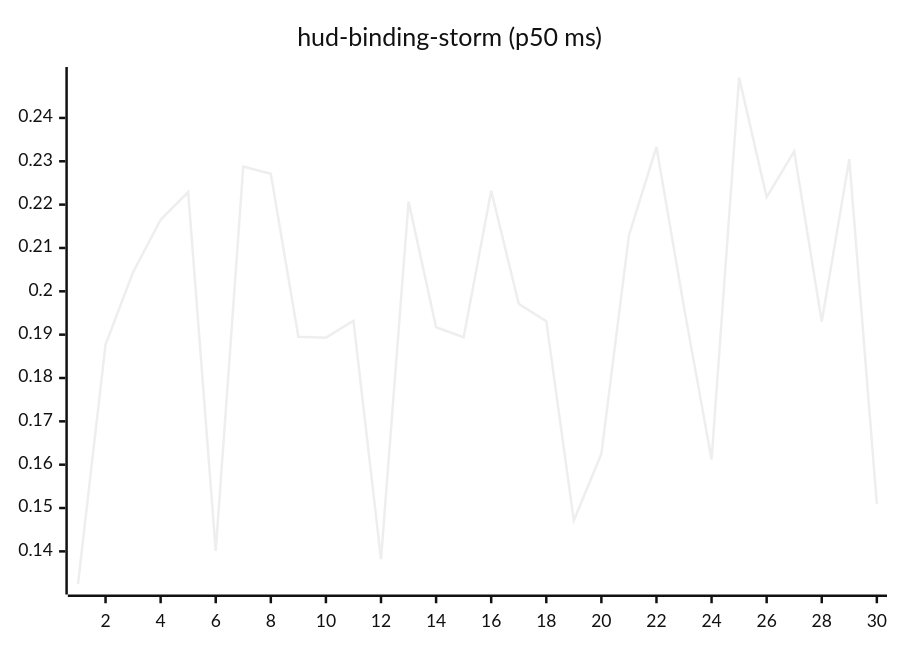
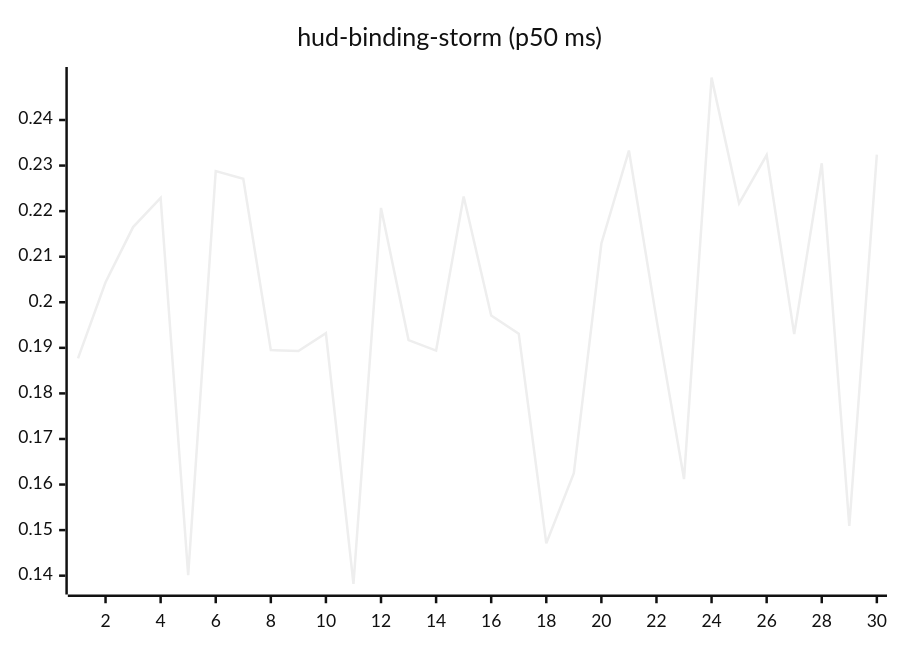
Before and after one commit to josha/Facet: the tenth of 27 diagrams in README.md, drawn with Mermaid (neutral theme). The commit also changed other lines of this file and 2 other files, not shown here.

````diff
--- a/README.md
+++ b/README.md
@@ -126,6 +126,6 @@
 ```mermaid
 xychart-beta
     title "hud-binding-storm (p50 ms)"
     x-axis 1 --> 30
-    line [0.1325, 0.1877, 0.2044, 0.2165, 0.2229, 0.1401, 0.2288, 0.2271, 0.1895, 0.1893, 0.1932, 0.1382, 0.2207, 0.1917, 0.1894, 0.2232, 0.1971, 0.1931, 0.1471, 0.1625, 0.2129, 0.2333, 0.1963, 0.1612, 0.2493, 0.2217, 0.2323, 0.1930, 0.2305, 0.1509]
+    line [0.1877, 0.2044, 0.2165, 0.2229, 0.1401, 0.2288, 0.2271, 0.1895, 0.1893, 0.1932, 0.1382, 0.2207, 0.1917, 0.1894, 0.2232, 0.1971, 0.1931, 0.1471, 0.1625, 0.2129, 0.2333, 0.1963, 0.1612, 0.2493, 0.2217, 0.2323, 0.1930, 0.2305, 0.1509, 0.2324]
 ```
````
